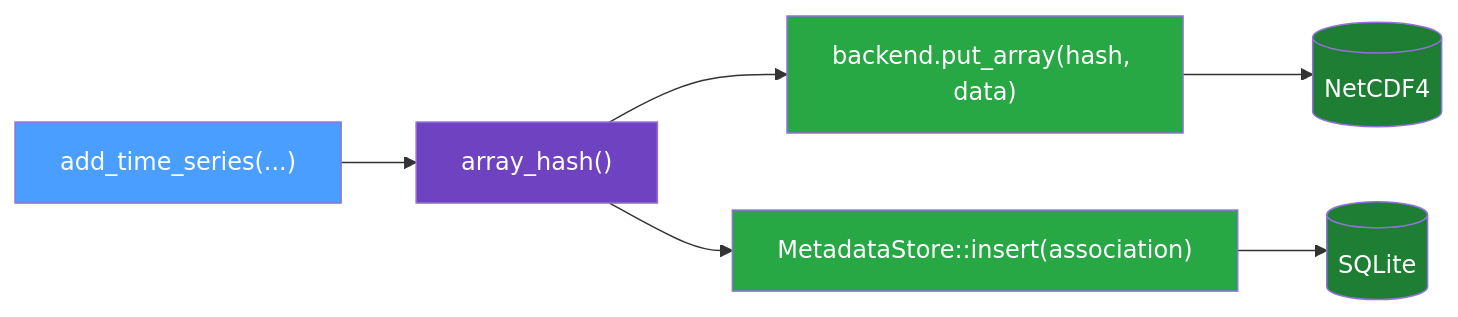
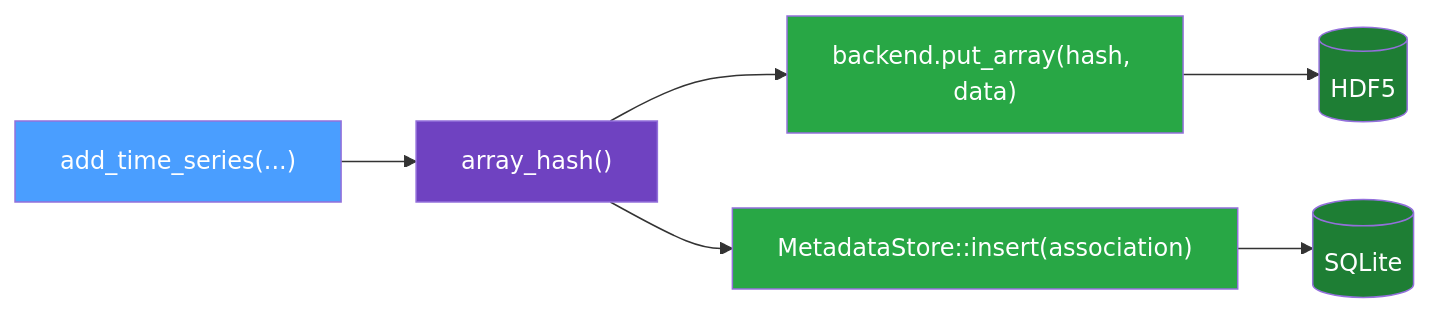
Before and after one commit to NatLabRockies/infrastore: the second of 3 diagrams in docs/src/explanation/architecture.md, drawn with Mermaid. The commit also changed other lines of this file and 85 other files, not shown here.

Commit message:
Fix NetCDF -> HDF5 naming references

````diff
--- a/docs/src/explanation/architecture.md
+++ b/docs/src/explanation/architecture.md
@@ -76,15 +76,15 @@
 ```mermaid
 flowchart LR
     CALL["add_time_series(...)"] --> HASH["array_hash()"]
     HASH --> PUT["backend.put_array(hash, data)"]
     HASH --> INS["MetadataStore::insert(association)"]
-    PUT --> NC[("NetCDF4")]
+    PUT --> NC[("HDF5")]
     INS --> SQL[("SQLite")]
 
     style CALL fill:#4a9eff,color:#fff
     style HASH fill:#6f42c1,color:#fff
     style PUT fill:#28a745,color:#fff
     style INS fill:#28a745,color:#fff
     style NC fill:#1e7e34,color:#fff
     style SQL fill:#1e7e34,color:#fff
 ```
````
